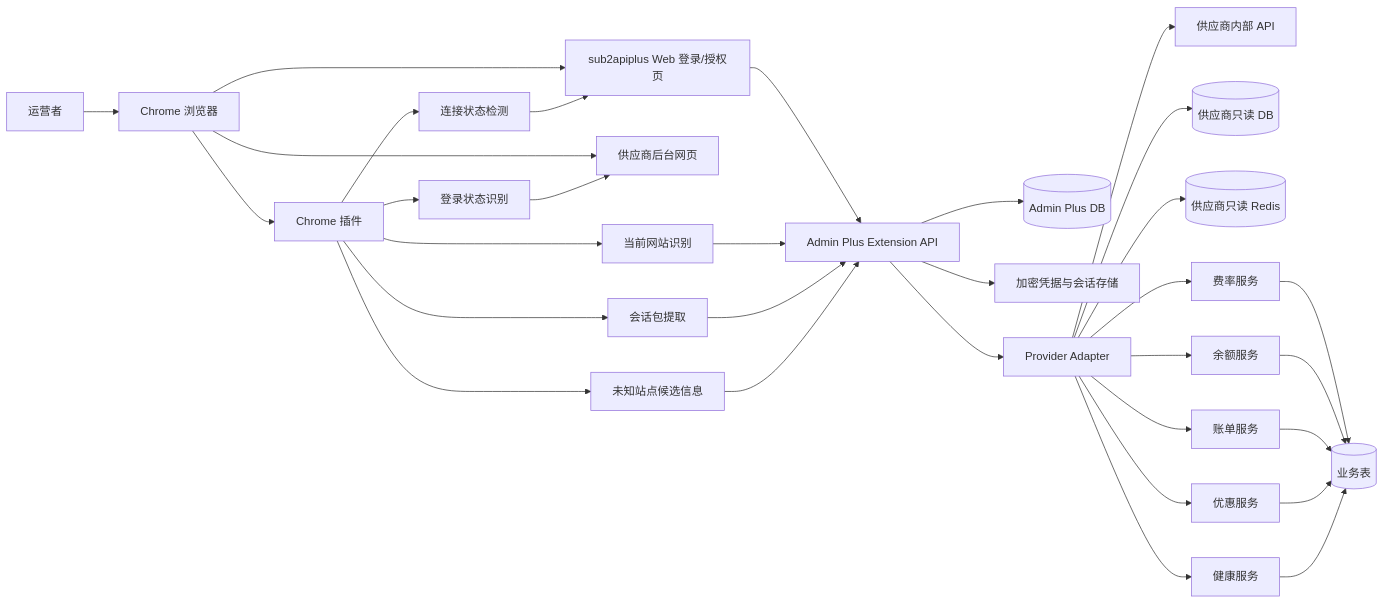
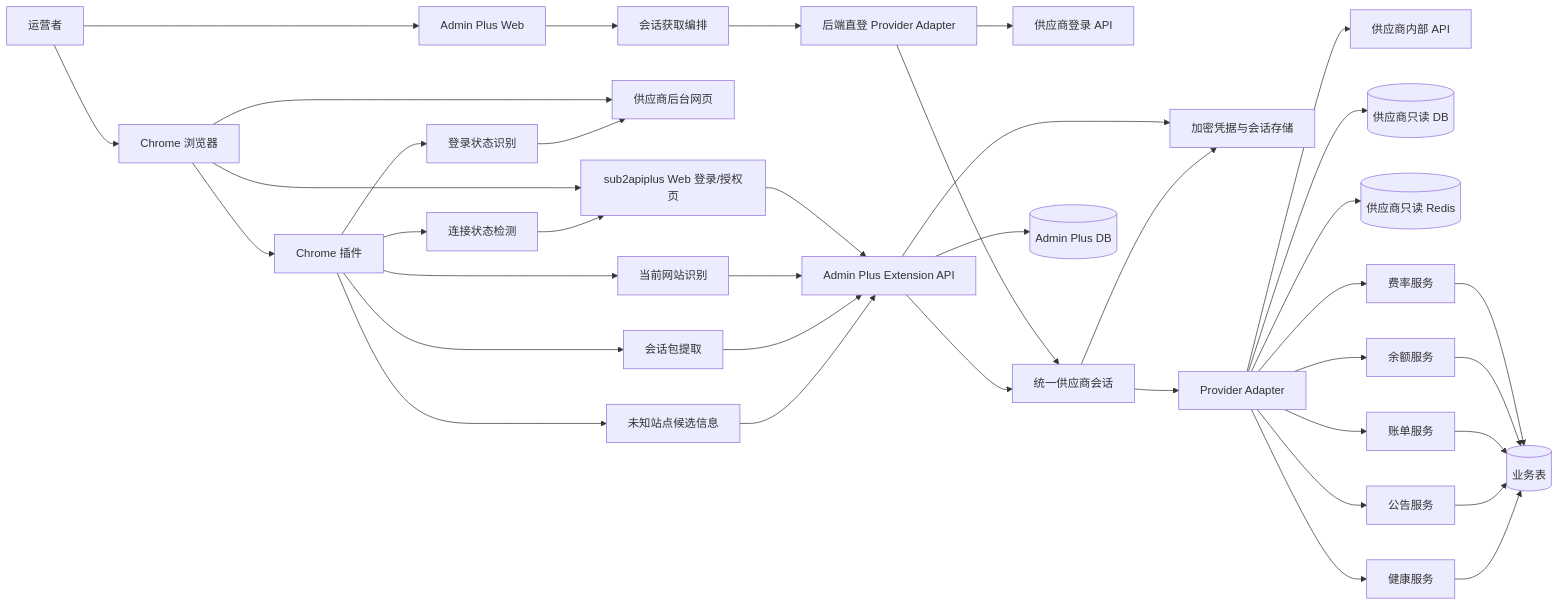
The second of 9 diagrams in docs/roadmap/Chrome/README.md (openrelayllm/sub2api-admin-plus), drawn with Mermaid before and after one commit. The commit also changed other lines of this file and 79 other files, not shown here.

````diff
--- a/docs/roadmap/Chrome/README.md
+++ b/docs/roadmap/Chrome/README.md
@@ -258,40 +274,48 @@
 ```mermaid
 flowchart LR
   Operator[运营者] --> Browser[Chrome 浏览器]
+  Operator --> PlusWebApp[Admin Plus Web]
   Browser --> PlusWeb[sub2apiplus Web 登录/授权页]
   Browser --> SupplierWeb[供应商后台网页]
   Browser --> Extension[Chrome 插件]
+
+  PlusWebApp --> SessionOrchestrator[会话获取编排]
+  SessionOrchestrator --> DirectLogin[后端直登 Provider Adapter]
+  DirectLogin --> SupplierLoginAPI[供应商登录 API]
+  DirectLogin --> UnifiedSession[统一供应商会话]
 
   Extension --> AuthState[连接状态检测]
   Extension --> SiteDetector[当前网站识别]
   Extension --> LoginState[登录状态识别]
   Extension --> SessionCapture[会话包提取]
   Extension --> SiteCandidate[未知站点候选信息]
 
   AuthState --> PlusWeb
   PlusWeb --> PlusAPI[Admin Plus Extension API]
   SiteDetector --> PlusAPI[Admin Plus Extension API]
   LoginState --> SupplierWeb
   SessionCapture --> PlusAPI
   SiteCandidate --> PlusAPI
 
   PlusAPI --> PlusDB[(Admin Plus DB)]
   PlusAPI --> SecretStore[加密凭据与会话存储]
-  PlusAPI --> ProviderAdapter[Provider Adapter]
+  PlusAPI --> UnifiedSession
+  UnifiedSession --> SecretStore
+  UnifiedSession --> ProviderAdapter[Provider Adapter]
 
   ProviderAdapter --> SupplierInternalAPI[供应商内部 API]
   ProviderAdapter --> SupplierReadonlyDB[(供应商只读 DB)]
   ProviderAdapter --> SupplierReadonlyRedis[(供应商只读 Redis)]
 
   ProviderAdapter --> RateSvc[费率服务]
   ProviderAdapter --> BalanceSvc[余额服务]
   ProviderAdapter --> BillingSvc[账单服务]
-  ProviderAdapter --> PromotionSvc[优惠服务]
+  ProviderAdapter --> AnnouncementSvc[公告服务]
   ProviderAdapter --> HealthSvc[健康服务]
 
   RateSvc --> BusinessDB[(业务表)]
   BalanceSvc --> BusinessDB
   BillingSvc --> BusinessDB
-  PromotionSvc --> BusinessDB
+  AnnouncementSvc --> BusinessDB
   HealthSvc --> BusinessDB
 ```
````
